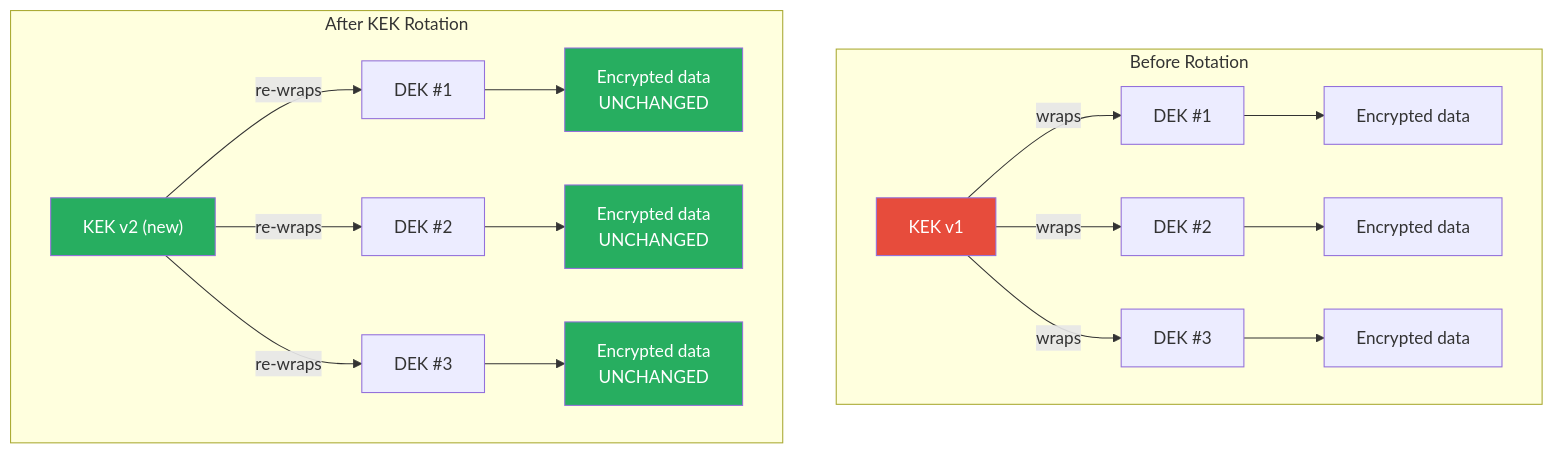
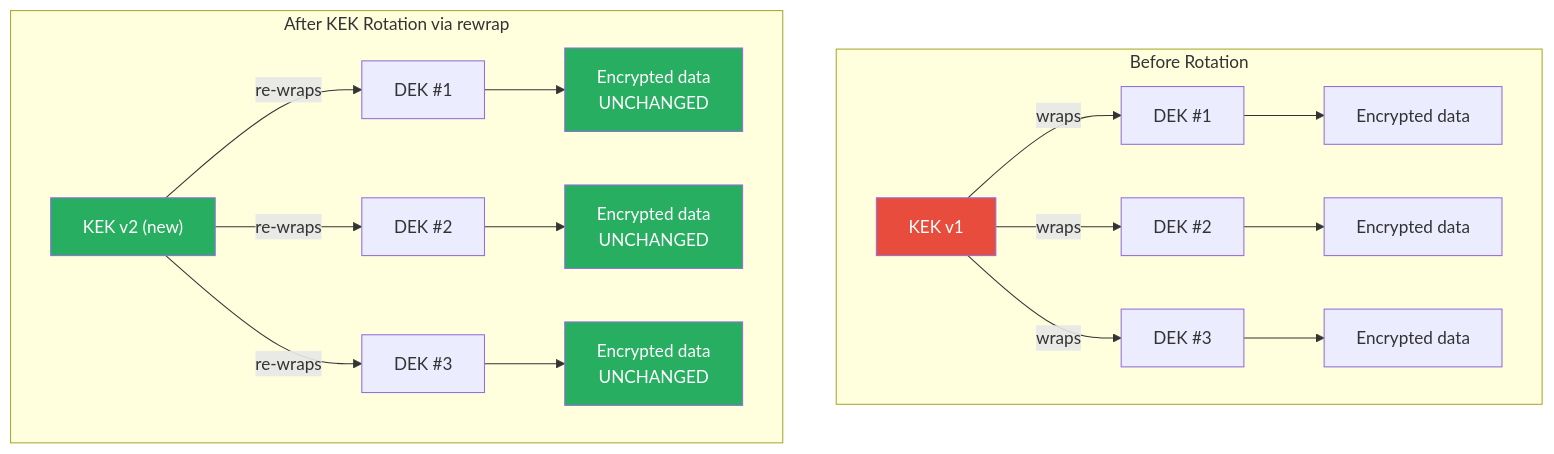
Before and after one commit to ChronoAIProject/NyxID: the tenth of 29 diagrams in docs/ENCRYPTION_ARCHITECTURE.md, drawn with Mermaid. The commit also changed other lines of this file and 8 other files, not shown here.

````diff
--- a/docs/ENCRYPTION_ARCHITECTURE.md
+++ b/docs/ENCRYPTION_ARCHITECTURE.md
@@ -196,28 +303,28 @@
 ```mermaid
 graph TD
     subgraph "Before Rotation"
         K1["KEK v1"]
         K1 -->|wraps| D1A["DEK #1"]
         K1 -->|wraps| D2A["DEK #2"]
         K1 -->|wraps| D3A["DEK #3"]
         D1A --> DATA1A["Encrypted data"]
         D2A --> DATA2A["Encrypted data"]
         D3A --> DATA3A["Encrypted data"]
     end
 
-    subgraph "After KEK Rotation"
+    subgraph "After KEK Rotation via rewrap"
         K2["KEK v2 (new)"]
         K2 -->|re-wraps| D1B["DEK #1"]
         K2 -->|re-wraps| D2B["DEK #2"]
         K2 -->|re-wraps| D3B["DEK #3"]
         D1B --> DATA1B["Encrypted data<br/>UNCHANGED"]
         D2B --> DATA2B["Encrypted data<br/>UNCHANGED"]
         D3B --> DATA3B["Encrypted data<br/>UNCHANGED"]
     end
 
     style K1 fill:#e74c3c,color:#fff
     style K2 fill:#27ae60,color:#fff
     style DATA1B fill:#27ae60,color:#fff
     style DATA2B fill:#27ae60,color:#fff
     style DATA3B fill:#27ae60,color:#fff
 ```
````
